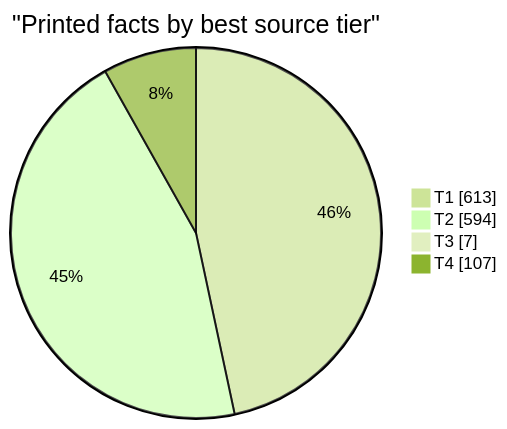
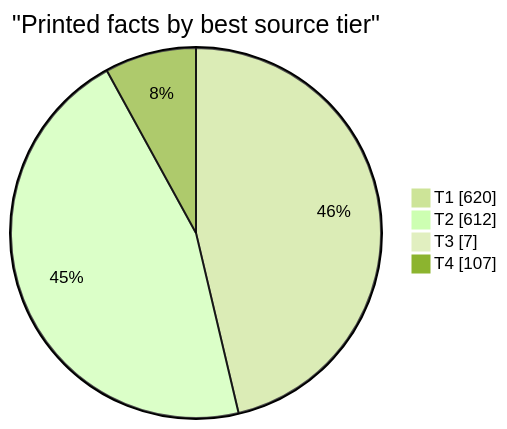
The second of 5 diagrams in docs/evidence.md (EU27-data-sovereignty/eu27-data-sovereignty), drawn with Mermaid (forest theme) before and after one commit. The commit also changed other lines of this file and 125 other files, not shown here.

````diff
--- a/docs/evidence.md
+++ b/docs/evidence.md
@@ -36,8 +36,8 @@
 ```mermaid
 pie showData
   title "Printed facts by best source tier"
-  "T1" : 613
-  "T2" : 594
+  "T1" : 620
+  "T2" : 612
   "T3" : 7
   "T4" : 107
 ```
````
